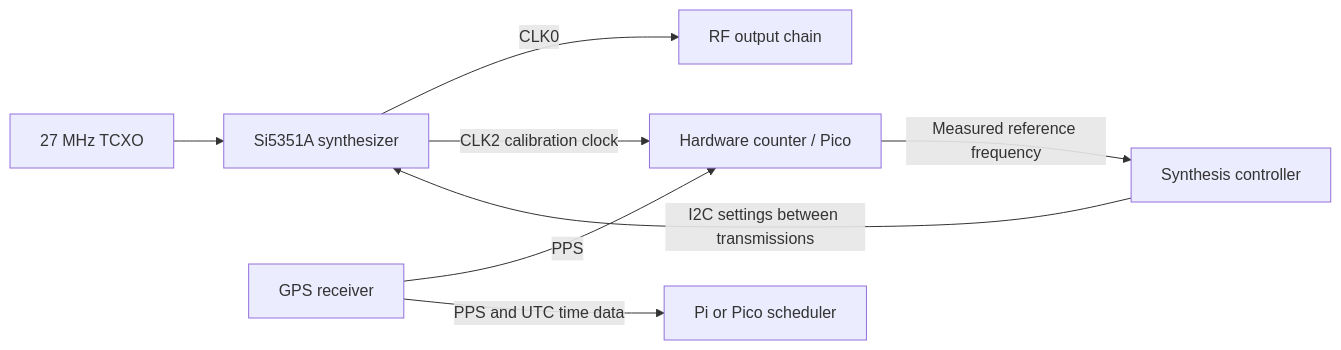
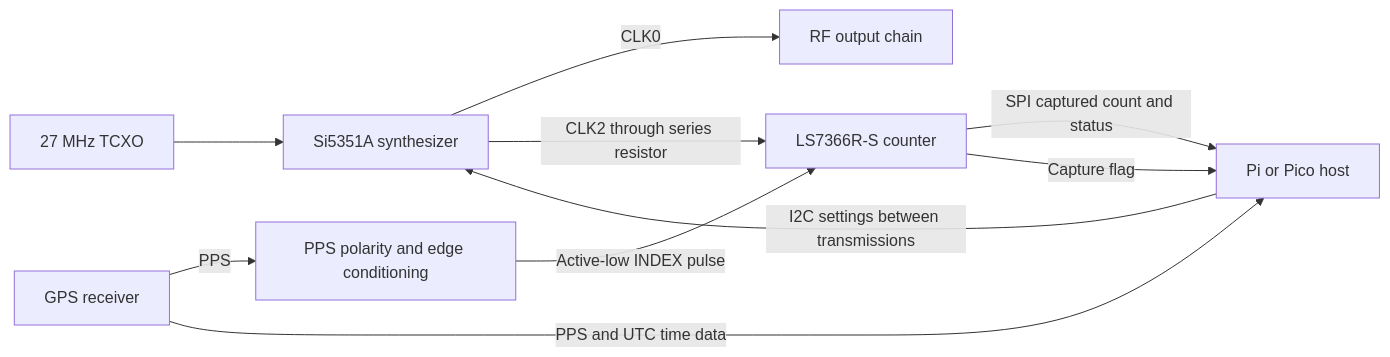
Before and after one commit to WsprryPi/WsprryPi-PCB-Designs: the diagram in Wsprry-Pi-Synth-Univ/GPS-FREQUENCY-CALIBRATION.md, drawn with Mermaid. The commit also changed other lines of this file and 1 other file, not shown here.

Commit message:
docs: select LS7366R for shared Pi and Pico calibration circuit

````diff
--- a/Wsprry-Pi-Synth-Univ/GPS-FREQUENCY-CALIBRATION.md
+++ b/Wsprry-Pi-Synth-Univ/GPS-FREQUENCY-CALIBRATION.md
@@ -67,10 +63,12 @@
 ```mermaid
 flowchart LR
     TCXO[27 MHz TCXO] --> SYN[Si5351A synthesizer]
     SYN -->|CLK0| RF[RF output chain]
-    SYN -->|CLK2 calibration clock| COUNT[Hardware counter / Pico]
-    GPS[GPS receiver] -->|PPS| COUNT
-    GPS -->|PPS and UTC time data| HOST[Pi or Pico scheduler]
-    COUNT -->|Measured reference frequency| CTRL[Synthesis controller]
-    CTRL -->|I2C settings between transmissions| SYN
+    SYN -->|CLK2 through series resistor| COUNT[LS7366R-S counter]
+    GPS[GPS receiver] -->|PPS| COND[PPS polarity and edge conditioning]
+    COND -->|Active-low INDEX pulse| COUNT
+    GPS -->|PPS and UTC time data| HOST[Pi or Pico host]
+    COUNT -->|SPI captured count and status| HOST
+    COUNT -->|Capture flag| HOST
+    HOST -->|I2C settings between transmissions| SYN
 ```
````
